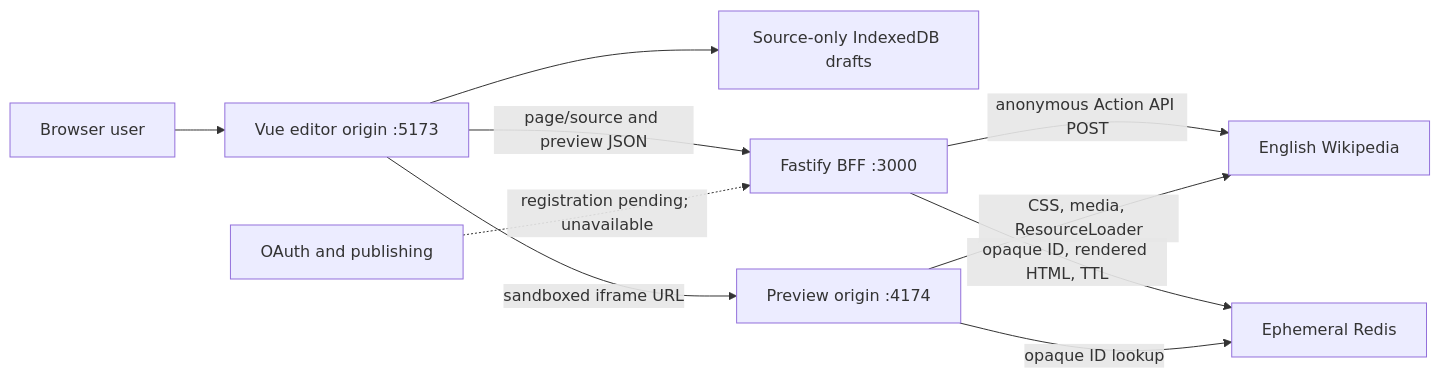
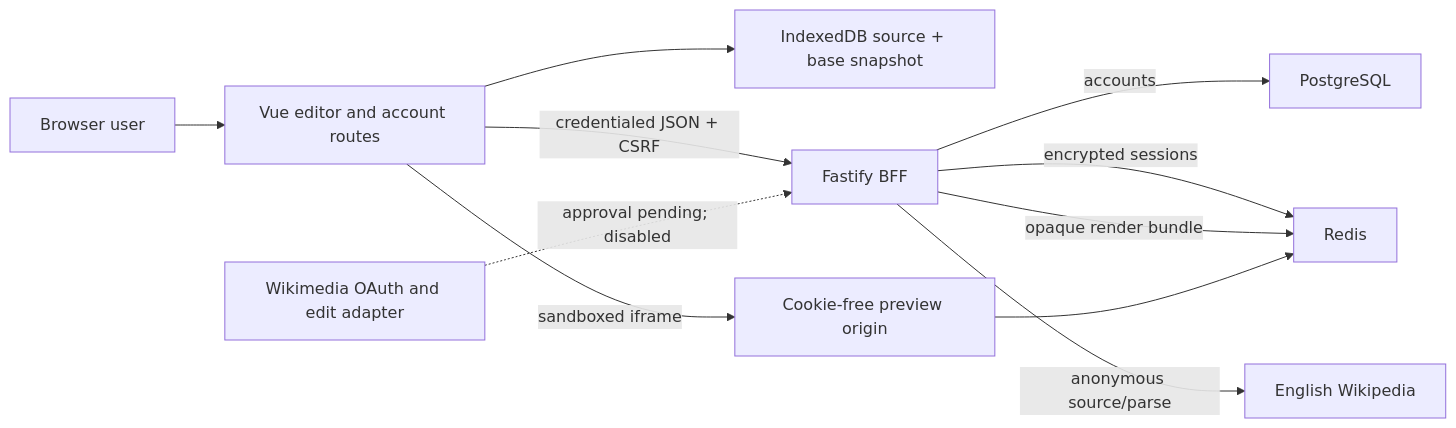
One commit to feconi1024/wikione changed the diagram in docs/architecture.md. Above: the diagram before and after it, drawn with Mermaid. The commit also changed other lines of this file and 11 other files, not shown here.

Commit message:
docs: align milestone 2 architecture and audit

````diff
--- a/docs/architecture.md
+++ b/docs/architecture.md
@@ -12,12 +12,13 @@
 ```mermaid
 flowchart LR
-    User["Browser user"] --> Web["Vue editor origin :5173"]
-    Web --> Drafts["Source-only IndexedDB drafts"]
-    Web -->|"page/source and preview JSON"| API["Fastify BFF :3000"]
-    API -->|"anonymous Action API POST"| Wiki["English Wikipedia"]
-    API -->|"opaque ID, rendered HTML, TTL"| Redis["Ephemeral Redis"]
-    Web -->|"sandboxed iframe URL"| Preview["Preview origin :4174"]
-    Preview -->|"opaque ID lookup"| Redis
-    Preview -->|"CSS, media, ResourceLoader"| Wiki
-    Auth["OAuth and publishing"] -. "registration pending; unavailable" .-> API
+    User["Browser user"] --> Web["Vue editor and account routes"]
+    Web --> Drafts["IndexedDB source + base snapshot"]
+    Web -->|"credentialed JSON + CSRF"| API["Fastify BFF"]
+    API -->|"accounts"| Postgres["PostgreSQL"]
+    API -->|"encrypted sessions"| Redis["Redis"]
+    API -->|"anonymous source/parse"| Wiki["English Wikipedia"]
+    API -->|"opaque render bundle"| Redis
+    Web -->|"sandboxed iframe"| Preview["Cookie-free preview origin"]
+    Preview --> Redis
+    OAuth["Wikimedia OAuth and edit adapter"] -. "approval pending; disabled" .-> API
 ```
````
